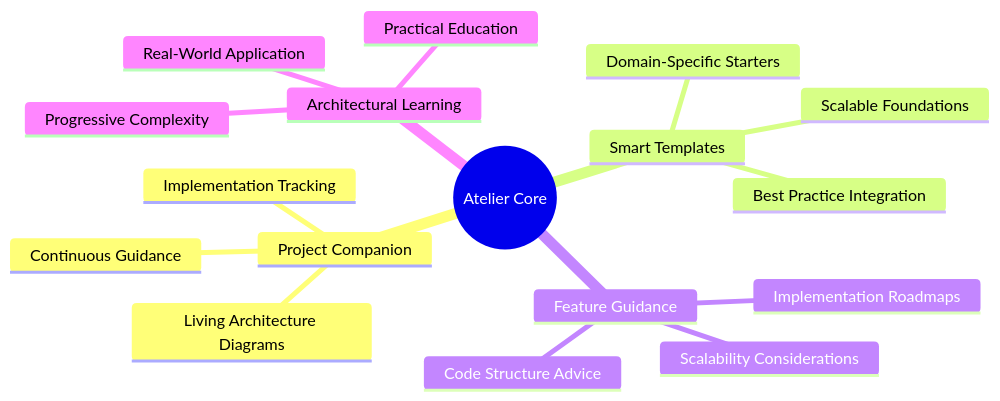
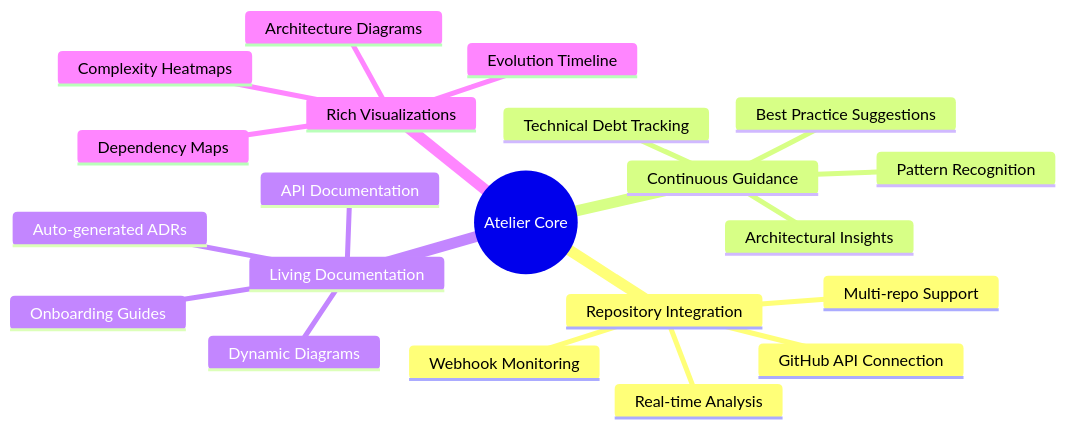
One commit to ZayK1/Atelier changed the first of 3 diagrams in New Developer Docs/Guide.md. Above: the diagram before and after it, drawn with Mermaid. The commit also changed other lines of this file and 2 other files, not shown here.

Commit message:
Revise and enhance the Atelier documentation, consolidating the MVP plan and feature set into a streamlined format. This update emphasizes the platform's educational approach, user engagement metrics, and development roadmap, while removing outdated content to reflect the current project direction.

````diff
--- a/New Developer Docs/Guide.md
+++ b/New Developer Docs/Guide.md
@@ -83,20 +94,24 @@
 ```mermaid
 mindmap
   root((Atelier Core))
-    Project Companion
-      Living Architecture Diagrams
-      Continuous Guidance
-      Implementation Tracking
-    Smart Templates
-      Domain-Specific Starters
-      Best Practice Integration
-      Scalable Foundations
-    Feature Guidance
-      Implementation Roadmaps
-      Scalability Considerations
-      Code Structure Advice
-    Architectural Learning
-      Practical Education
-      Real-World Application
-      Progressive Complexity
+    Repository Integration
+      GitHub API Connection
+      Real-time Analysis
+      Webhook Monitoring
+      Multi-repo Support
+    Continuous Guidance
+      Architectural Insights
+      Pattern Recognition
+      Best Practice Suggestions
+      Technical Debt Tracking
+    Living Documentation
+      Auto-generated ADRs
+      Dynamic Diagrams
+      API Documentation
+      Onboarding Guides
+    Rich Visualizations
+      Architecture Diagrams
+      Dependency Maps
+      Complexity Heatmaps
+      Evolution Timeline
 ```
````
